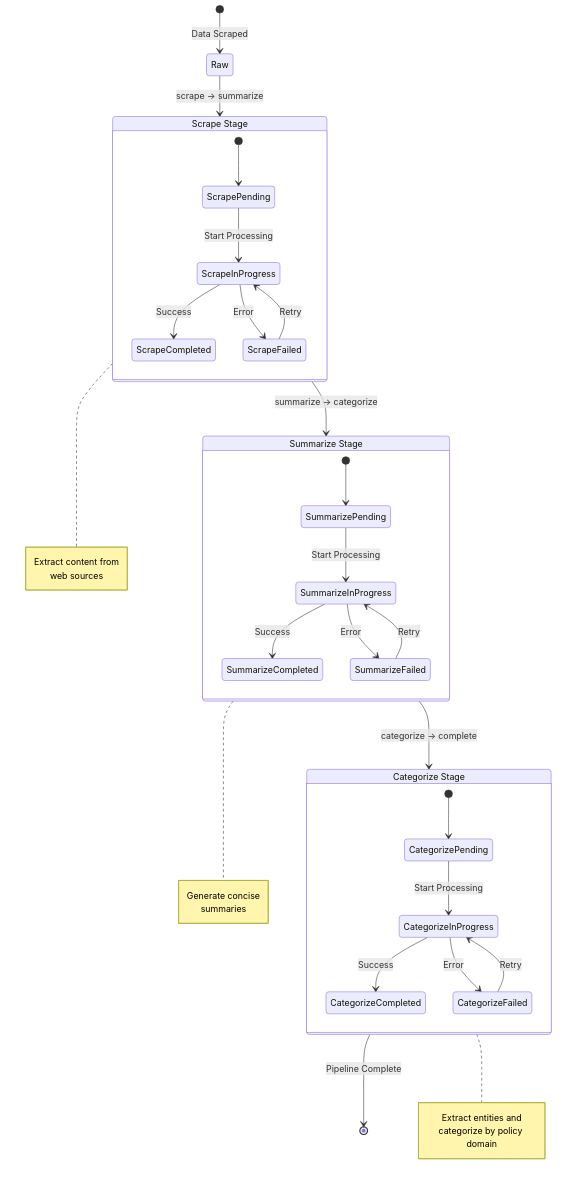
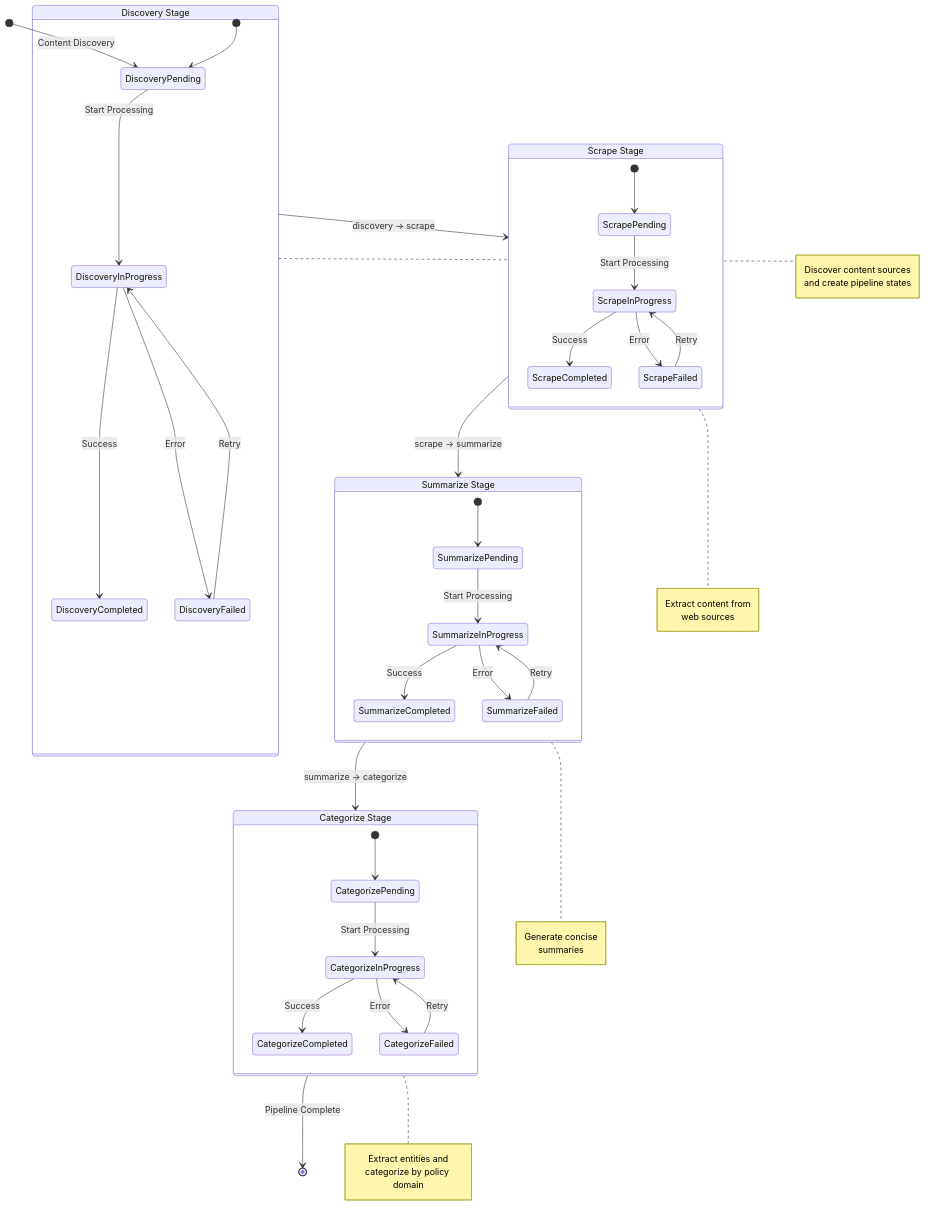
Before and after one commit to dmitriyratu/DiscourseKG: the second of 3 diagrams in documentation/architecture.md, drawn with Mermaid. The commit also changed other lines of this file and 29 other files, not shown here.

First line of the commit message:
refactor: enhance pipeline architecture and introduce discovery stage

````diff
--- a/documentation/architecture.md
+++ b/documentation/architecture.md
@@ -72,37 +78,46 @@
 ```mermaid
 stateDiagram-v2
-    [*] --> Raw: Data Scraped
+    [*] --> DiscoveryPending: Content Discovery
+    
+    state "Discovery Stage" as D1 {
+        [*] --> DiscoveryPending
+        DiscoveryPending --> DiscoveryInProgress: Start Processing
+        DiscoveryInProgress --> DiscoveryCompleted: Success
+        DiscoveryInProgress --> DiscoveryFailed: Error
+        DiscoveryFailed --> DiscoveryInProgress: Retry
+    }
     
     state "Scrape Stage" as S1 {
         [*] --> ScrapePending
         ScrapePending --> ScrapeInProgress: Start Processing
         ScrapeInProgress --> ScrapeCompleted: Success
         ScrapeInProgress --> ScrapeFailed: Error
         ScrapeFailed --> ScrapeInProgress: Retry
     }
     
     state "Summarize Stage" as S2 {
         [*] --> SummarizePending
         SummarizePending --> SummarizeInProgress: Start Processing
         SummarizeInProgress --> SummarizeCompleted: Success
         SummarizeInProgress --> SummarizeFailed: Error
         SummarizeFailed --> SummarizeInProgress: Retry
     }
     
     state "Categorize Stage" as S3 {
         [*] --> CategorizePending
         CategorizePending --> CategorizeInProgress: Start Processing
         CategorizeInProgress --> CategorizeCompleted: Success
         CategorizeInProgress --> CategorizeFailed: Error
         CategorizeFailed --> CategorizeInProgress: Retry
     }
     
-    Raw --> S1: scrape → summarize
-    S1 --> S2: summarize → categorize
-    S2 --> S3: categorize → complete
+    D1 --> S1: discovery → scrape
+    S1 --> S2: scrape → summarize
+    S2 --> S3: summarize → categorize
     S3 --> [*]: Pipeline Complete
     
+    note right of D1: Discover content sources<br/>and create pipeline states
     note right of S1: Extract content from<br/>web sources
     note right of S2: Generate concise<br/>summaries
     note right of S3: Extract entities and<br/>categorize by policy domain
 ```
````
